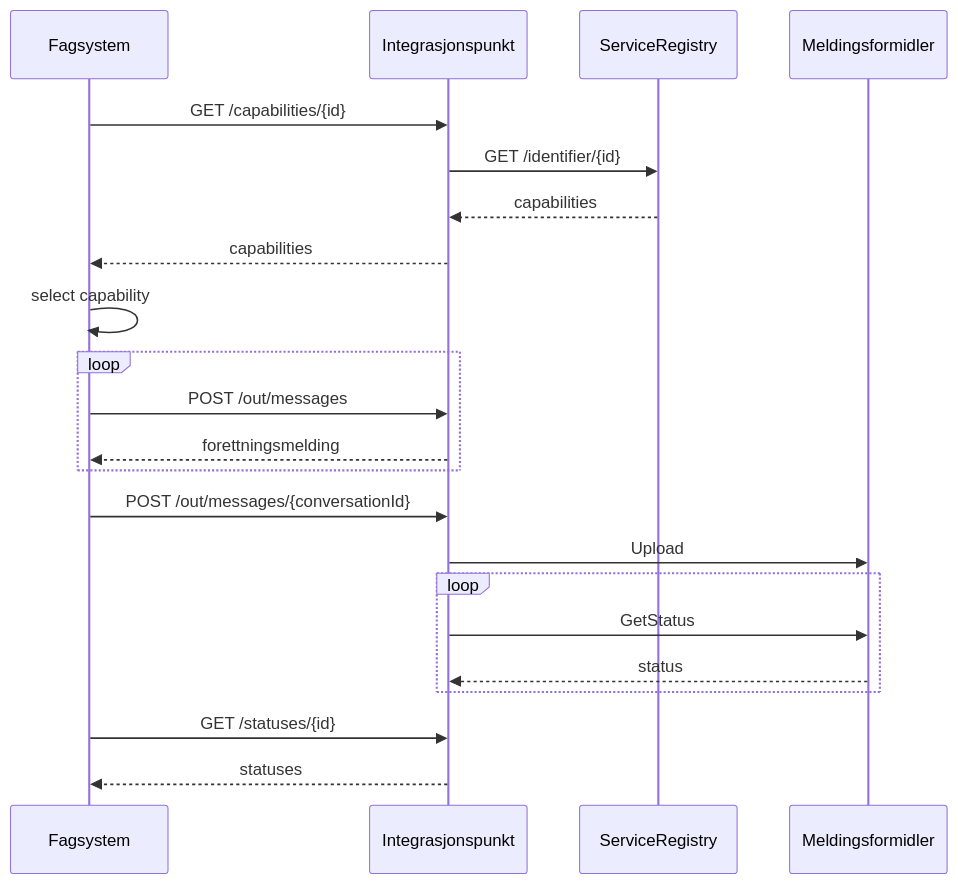
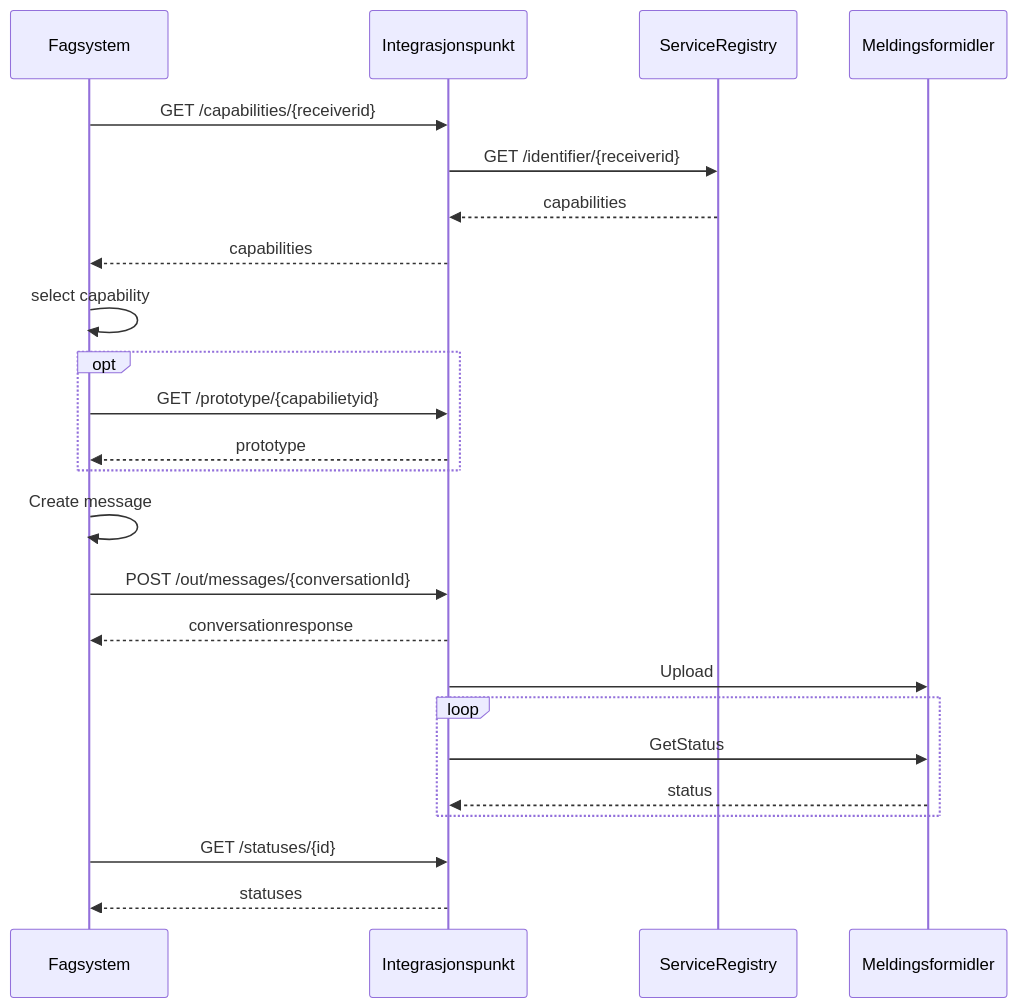
One commit to difi/eformidling changed the first of 2 diagrams in pages/NextMove/meldingsflyt.md. Above: the diagram before and after it, drawn with Mermaid. The commit also changed 1 other file, not shown here.

Commit message:
Fjernet refferasnser til MXA grensesnittet, som er fjernet fra IP

```diff
--- a/pages/NextMove/meldingsflyt.md
+++ b/pages/NextMove/meldingsflyt.md
@@ -12,28 +12,31 @@
 <div class="mermaid">
 
 sequenceDiagram
     participant fs as Fagsystem
     participant ip as Integrasjonspunkt
     participant sr as ServiceRegistry
     participant mf  as Meldingsformidler
 
     
-    fs->>ip: GET /capabilities/{id}
-    ip->>sr: GET /identifier/{id}
+    fs->>ip: GET /capabilities/{receiverid}
+    ip->>sr: GET /identifier/{receiverid}
     sr-->>ip: capabilities
     ip-->>fs: capabilities
     fs->>fs: select capability
-    loop
-        fs->>ip: POST /out/messages
-        ip-->>fs: forettningsmelding
+    opt
+        fs->>ip: GET /prototype/{capabilietyid}
+        ip-->>fs: prototype
     end
+    fs->>fs: Create message   
     fs->>ip: POST /out/messages/{conversationId}
+    ip-->>fs: conversationresponse
     ip->>mf: Upload
     loop 
         ip->>mf: GetStatus
         mf-->>ip: status
     end
     fs->>ip: GET /statuses/{id}
     ip-->>fs: statuses
 
+
 </div>
```
